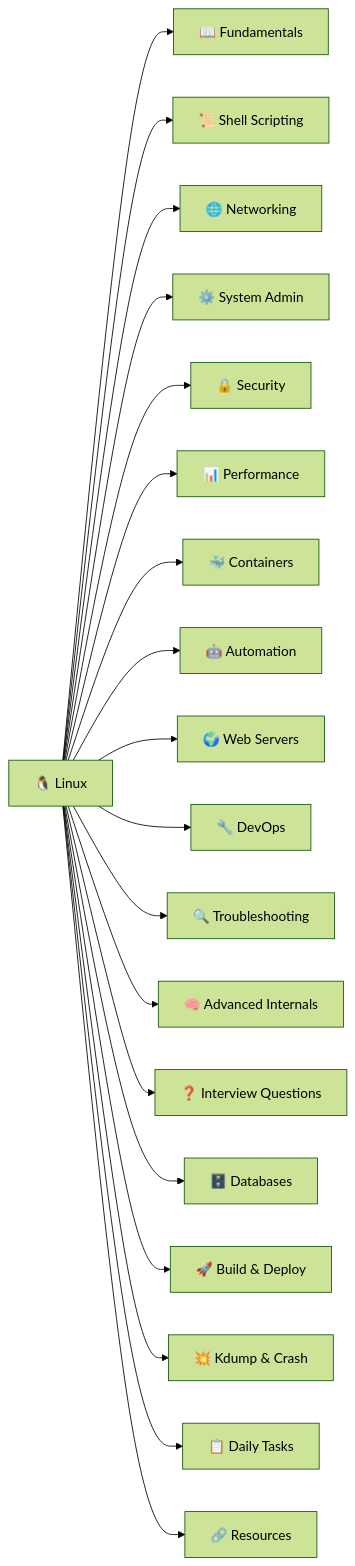
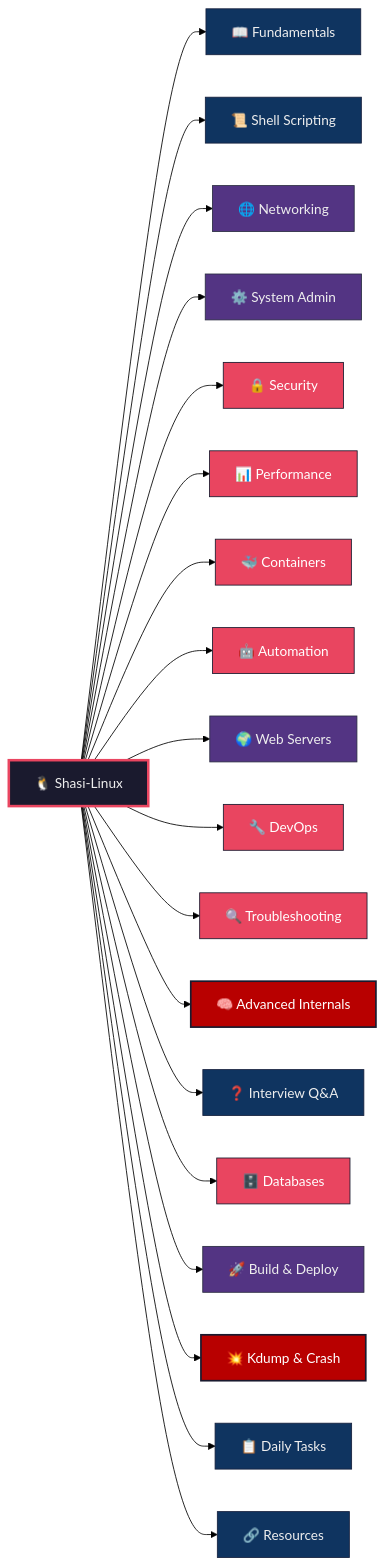
One commit to ShasidharReddy/Linux changed the first of 2 diagrams in README.md. Above: the diagram before and after it, drawn with Mermaid (forest theme). The commit also changed other lines of this file and 18 other files, not shown here.

First line of the commit message:
feat: add animated workflow diagrams and login banner to all READMEs (#4)

````diff
--- a/README.md
+++ b/README.md
@@ -5,21 +48,27 @@
 ```mermaid
 graph LR
-    A["🐧 Linux"] --> B["📖 Fundamentals"]
-    A --> C["📜 Shell Scripting"]
-    A --> D["🌐 Networking"]
-    A --> E["⚙️ System Admin"]
-    A --> F["🔒 Security"]
-    A --> G["📊 Performance"]
-    A --> H["🐳 Containers"]
-    A --> I["🤖 Automation"]
-    A --> J["🌍 Web Servers"]
-    A --> K["🔧 DevOps"]
-    A --> L["🔍 Troubleshooting"]
-    A --> M["🧠 Advanced Internals"]
-    A --> N["❓ Interview Questions"]
-    A --> O["🗄️ Databases"]
-    A --> P["🚀 Build & Deploy"]
-    A --> Q["💥 Kdump & Crash"]
-    A --> R["📋 Daily Tasks"]
-    A --> S["🔗 Resources"]
+    A["🐧 Shasi-Linux"]:::core --> B["📖 Fundamentals"]:::basic
+    A --> C["📜 Shell Scripting"]:::basic
+    A --> D["🌐 Networking"]:::mid
+    A --> E["⚙️ System Admin"]:::mid
+    A --> F["🔒 Security"]:::adv
+    A --> G["📊 Performance"]:::adv
+    A --> H["🐳 Containers"]:::adv
+    A --> I["🤖 Automation"]:::adv
+    A --> J["🌍 Web Servers"]:::mid
+    A --> K["🔧 DevOps"]:::adv
+    A --> L["🔍 Troubleshooting"]:::adv
+    A --> M["🧠 Advanced Internals"]:::expert
+    A --> N["❓ Interview Q&A"]:::basic
+    A --> O["🗄️ Databases"]:::adv
+    A --> P["🚀 Build & Deploy"]:::mid
+    A --> Q["💥 Kdump & Crash"]:::expert
+    A --> R["📋 Daily Tasks"]:::basic
+    A --> S["🔗 Resources"]:::basic
+
+    classDef core fill:#1a1a2e,stroke:#e94560,stroke-width:3px,color:#eee
+    classDef basic fill:#0f3460,stroke:#16213e,color:#eee
+    classDef mid fill:#533483,stroke:#2b2d42,color:#eee
+    classDef adv fill:#e94560,stroke:#1a1a2e,color:#fff
+    classDef expert fill:#b80000,stroke:#1a1a2e,color:#fff,stroke-width:2px
 ```
````
